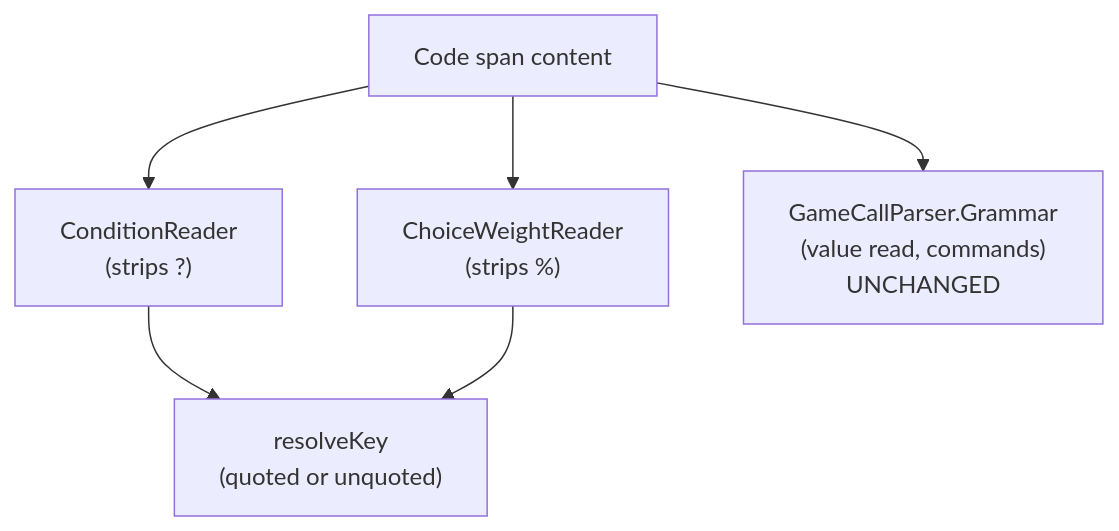
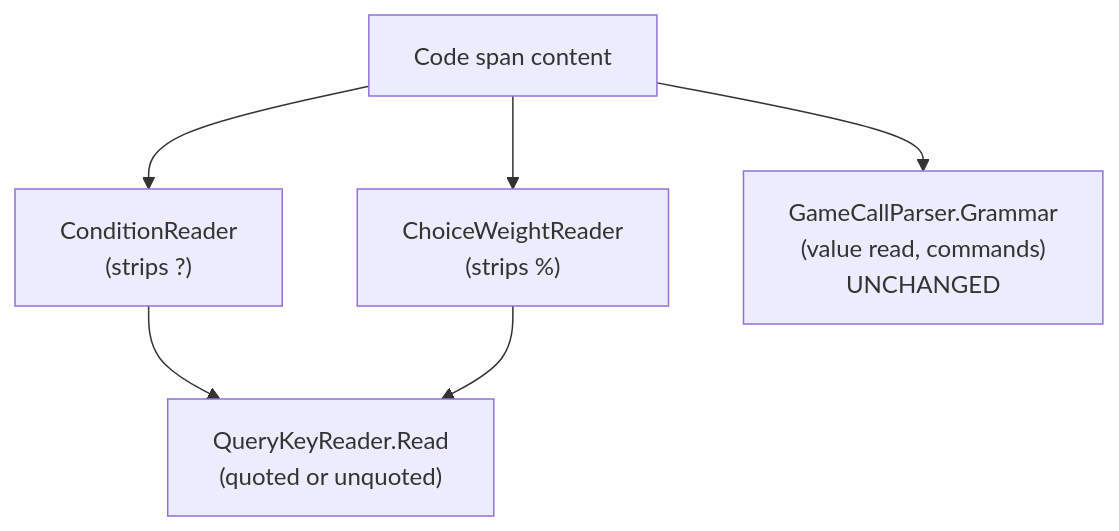
The diagram in docs/contributing/design-notes/Unquoted Keys.md (pengzhengyi/dialoguedown), drawn with Mermaid before and after one commit. The commit also changed other lines of this file and 2 other files, not shown here.

First line of the commit message:
docs(unquoted-keys): reconcile the note with the implementation

````diff
--- a/docs/contributing/design-notes/Unquoted Keys.md
+++ b/docs/contributing/design-notes/Unquoted Keys.md
@@ -195,8 +197,8 @@
 ```mermaid
 flowchart TD
     CS["Code span content"] --> CR["ConditionReader\n(strips ?)"]
     CS --> CW["ChoiceWeightReader\n(strips %)"]
-    CR --> RK["resolveKey\n(quoted or unquoted)"]
+    CR --> RK["QueryKeyReader.Read\n(quoted or unquoted)"]
     CW --> RK
     CS --> GC["GameCallParser.Grammar\n(value read, commands)\nUNCHANGED"]
 ```
````
